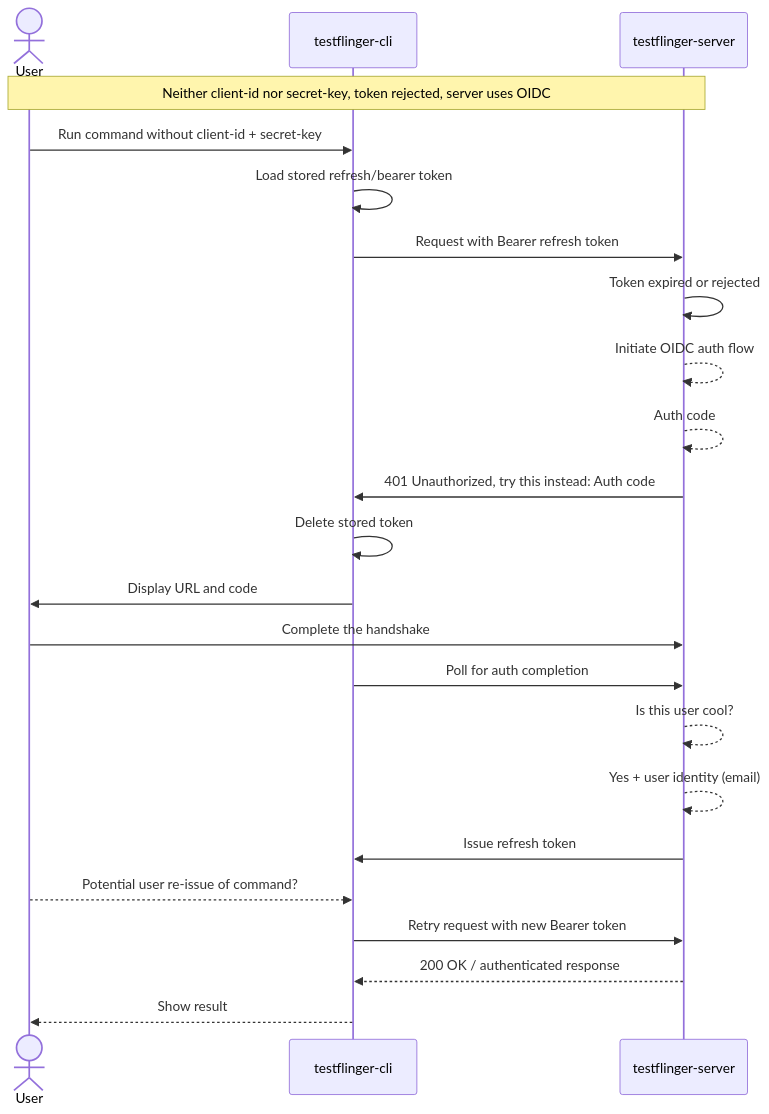
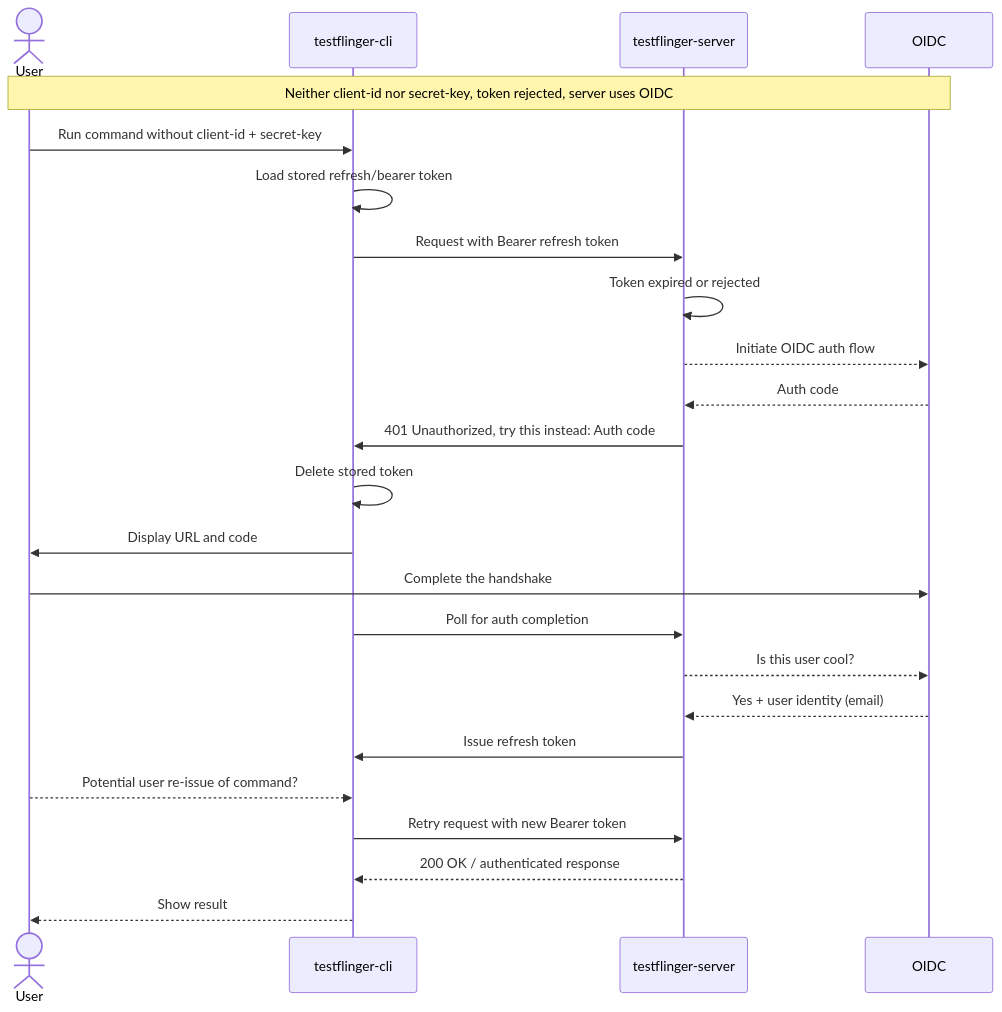
Before and after one commit to canonical/testflinger: the third of 7 diagrams in docs/explanation/authentication.rst, drawn with Mermaid. The commit also changed other lines of this file and 1 other file, not shown here.

```diff
--- a/docs/explanation/authentication.rst
+++ b/docs/explanation/authentication.rst
@@ -81,29 +81,29 @@
 .. mermaid::
     :alt: Sequence diagram showing a refresh token being rejected and the server initiating OIDC process
     :caption: Sequence diagram showing a refresh token being rejected and the server initiating OIDC process
     :align: center
 
     sequenceDiagram
         actor User
         participant CLI as testflinger-cli
         participant Server as testflinger-server
 
-        Note over User,Server: Neither client-id nor secret-key, token rejected, server uses OIDC
+        Note over User,OIDC: Neither client-id nor secret-key, token rejected, server uses OIDC
         User->>CLI: Run command without client-id + secret-key
         CLI->>CLI: Load stored refresh/bearer token
         CLI->>Server: Request with Bearer refresh token
         Server->>Server: Token expired or rejected
-        Server-->>Server: Initiate OIDC auth flow
-        Server-->>Server: Auth code
+        Server-->>OIDC: Initiate OIDC auth flow
+        OIDC-->>Server: Auth code
         Server->>CLI: 401 Unauthorized, try this instead: Auth code
         CLI->>CLI: Delete stored token
         CLI->>User: Display URL and code
-        User->>Server: Complete the handshake
+        User->>OIDC: Complete the handshake
         CLI->>Server: Poll for auth completion
-        Server-->>Server: Is this user cool?
-        Server-->>Server: Yes + user identity (email)
+        Server-->>OIDC: Is this user cool?
+        OIDC-->>Server: Yes + user identity (email)
         Server->>CLI: Issue refresh token
         User-->>CLI: Potential user re-issue of command?
         CLI->>Server: Retry request with new Bearer token
         Server-->>CLI: 200 OK / authenticated response
         CLI-->>User: Show result
```
